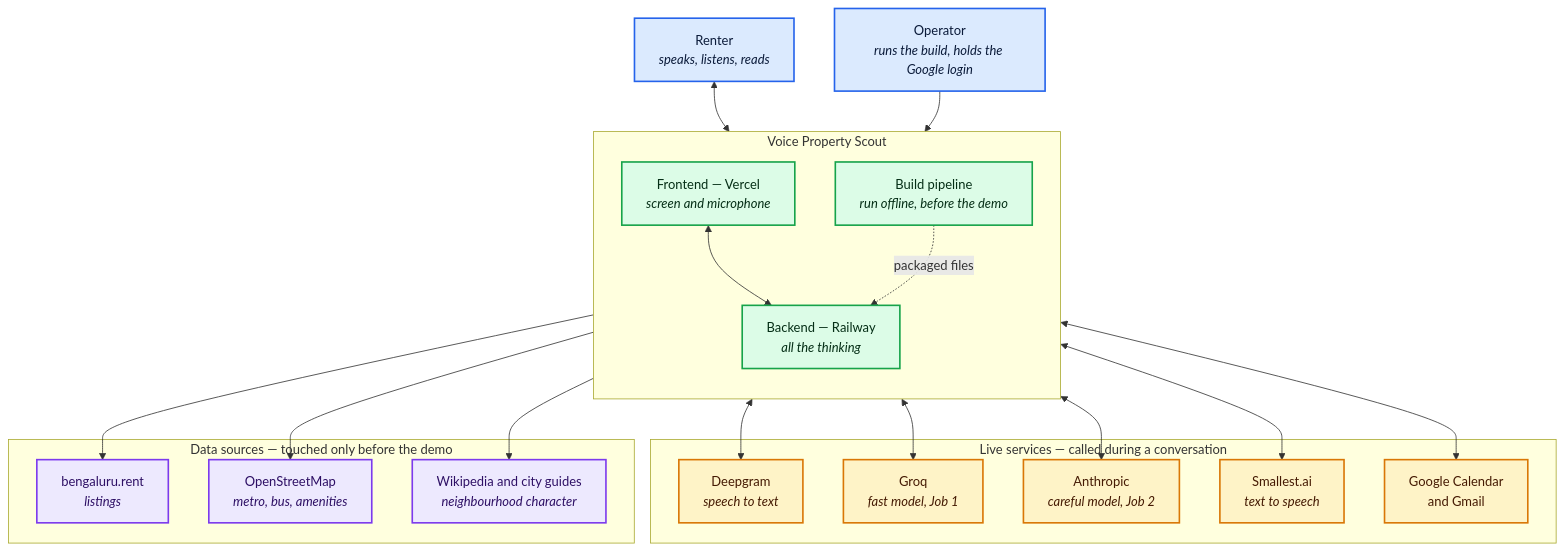
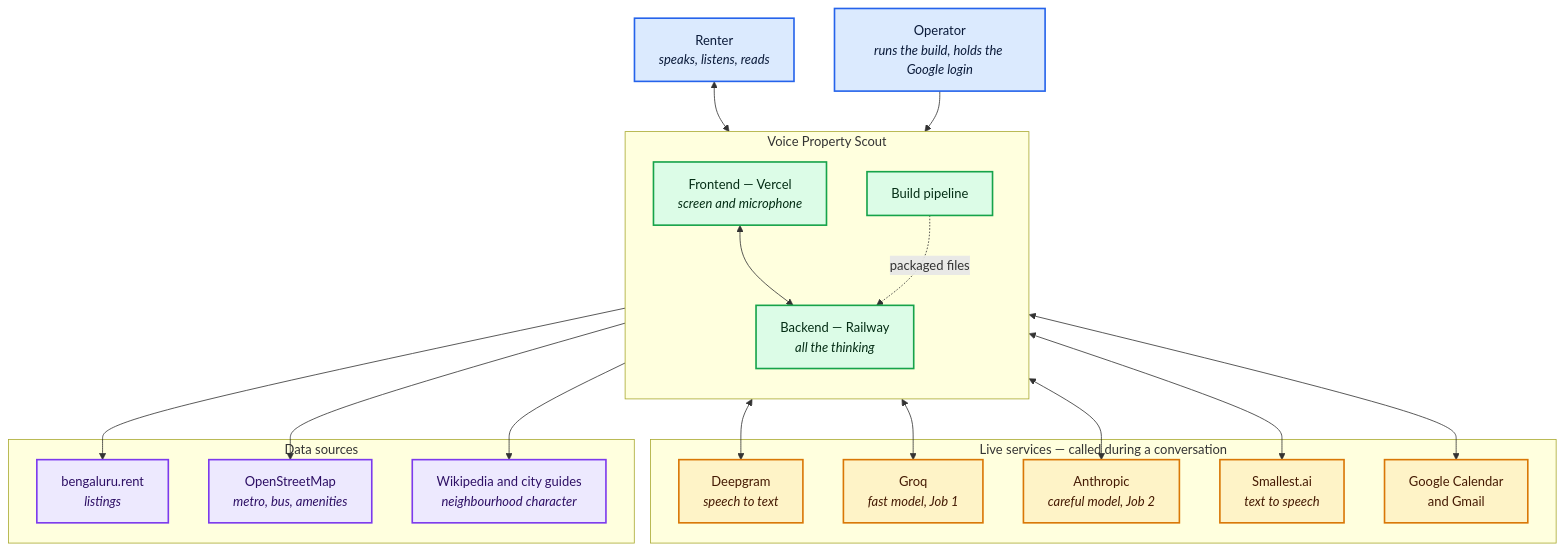
Before and after one commit to KarthikBattaram19/Capstone_Project_Next_Leap: the first of 22 diagrams in Docs/Architecture.md, drawn with Mermaid. The commit also changed other lines of this file and 2 other files, not shown here.

````diff
--- a/Docs/Architecture.md
+++ b/Docs/Architecture.md
@@ -23,42 +23,42 @@
 ```mermaid
 flowchart TB
     T["Renter<br/><i>speaks, listens, reads</i>"]
     OP["Operator<br/><i>runs the build, holds the Google login</i>"]
 
     subgraph SYS["Voice Property Scout"]
         direction TB
         FE["Frontend — Vercel<br/><i>screen and microphone</i>"]
         BE["Backend — Railway<br/><i>all the thinking</i>"]
-        BUILD["Build pipeline<br/><i>run offline, before the demo</i>"]
+        BUILD["Build pipeline"]
     end
 
     subgraph LIVE["Live services — called during a conversation"]
         DG["Deepgram<br/><i>speech to text</i>"]
         GQ["Groq<br/><i>fast model, Job 1</i>"]
         AN["Anthropic<br/><i>careful model, Job 2</i>"]
         SM["Smallest.ai<br/><i>text to speech</i>"]
         GC["Google Calendar<br/>and Gmail"]
     end
 
-    subgraph OFFLINE["Data sources — touched only before the demo"]
+    subgraph OFFLINE["Data sources"]
         BR["bengaluru.rent<br/><i>listings</i>"]
         OSM["OpenStreetMap<br/><i>metro, bus, amenities</i>"]
         WK["Wikipedia and city guides<br/><i>neighbourhood character</i>"]
     end
 
     T <--> FE
     FE <--> BE
     OP --> BUILD
     BUILD --> BR & OSM & WK
     BUILD -.->|"packaged files"| BE
     BE <--> DG & GQ & AN & SM & GC
 
     classDef person fill:#dbeafe,stroke:#2563eb,stroke-width:2px,color:#0b1b3a
     classDef ours fill:#dcfce7,stroke:#16a34a,stroke-width:2px,color:#052e16
     classDef live fill:#fef3c7,stroke:#d97706,stroke-width:2px,color:#451a03
     classDef offline fill:#ede9fe,stroke:#7c3aed,stroke-width:2px,color:#2e1065
     class T,OP person
     class FE,BE,BUILD ours
     class DG,GQ,AN,SM,GC live
     class BR,OSM,WK offline
 ```
````
